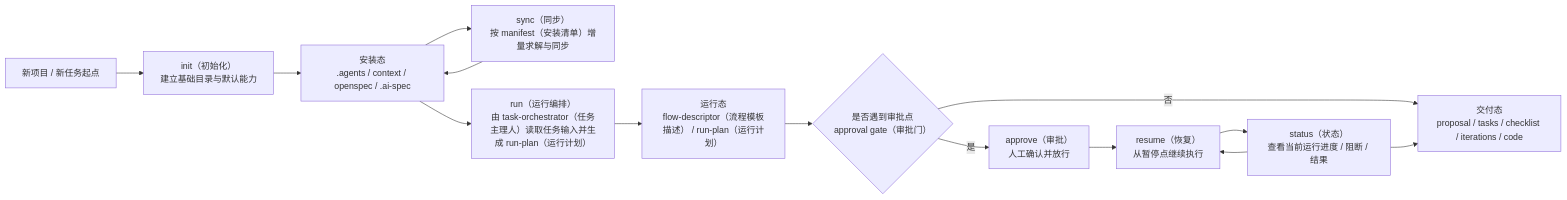
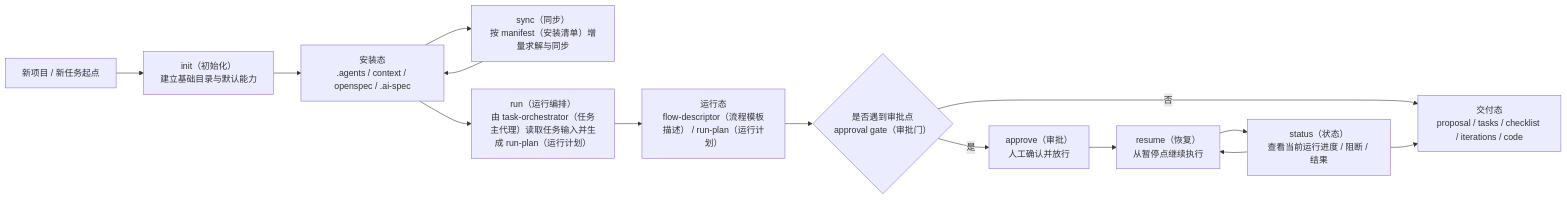
One commit to Colouful/br-ai-spec changed the fifth of 6 diagrams in docs/paser_two/项目技术架构与操作流程说明-03-27-17-20.md. Above: the diagram before and after it, drawn with Mermaid. The commit also changed other lines of this file and 88 other files, not shown here.

````diff
--- a/docs/paser_two/项目技术架构与操作流程说明-03-27-17-20.md
+++ b/docs/paser_two/项目技术架构与操作流程说明-03-27-17-20.md
@@ -416,31 +416,31 @@
 ```mermaid
 flowchart LR
     Start["新项目 / 新任务起点"]
 
     Init["init（初始化）<br/>建立基础目录与默认能力"]
     Sync["sync（同步）<br/>按 manifest（安装清单）增量求解与同步"]
-    Run["run（运行编排）<br/>由 task-orchestrator（任务主理人）读取任务输入并生成 run-plan（运行计划）"]
+    Run["run（运行编排）<br/>由 task-orchestrator（任务主代理）读取任务输入并生成 run-plan（运行计划）"]
 
     Gate{"是否遇到审批点<br/>approval gate（审批门）"}
     Approve["approve（审批）<br/>人工确认并放行"]
     Resume["resume（恢复）<br/>从暂停点继续执行"]
     Status["status（状态）<br/>查看当前运行进度 / 阻断 / 结果"]
 
     InstallState["安装态<br/>.agents / context / openspec / .ai-spec"]
     RunState["运行态<br/>flow-descriptor（流程模板描述） / run-plan（运行计划）"]
     Delivery["交付态<br/>proposal / tasks / checklist / iterations / code"]
 
     Start --> Init
     Init --> InstallState
     InstallState --> Sync
     Sync --> InstallState
     InstallState --> Run
     Run --> RunState
     RunState --> Gate
     Gate -- 否 --> Delivery
     Gate -- 是 --> Approve
     Approve --> Resume
     Resume --> Status
     Status --> Delivery
     Status --> Resume
 ```
````
